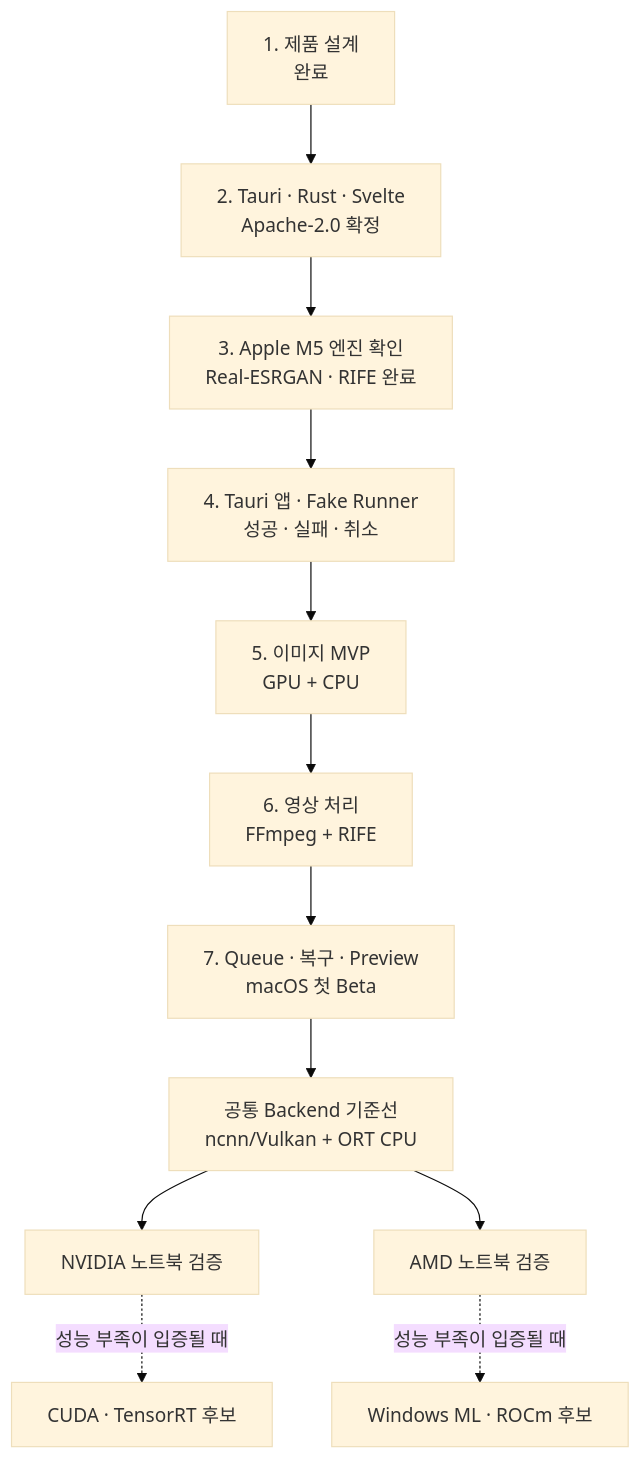
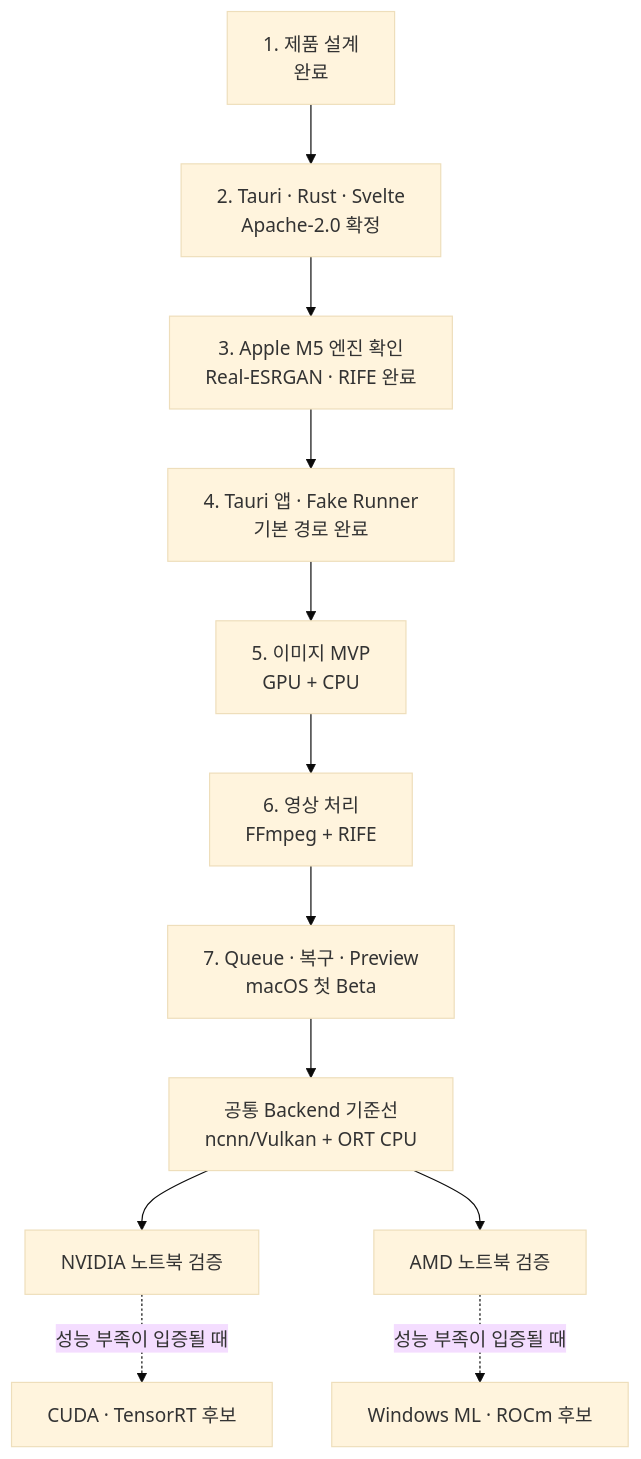
The third of 3 diagrams in README.md (zooslab/zoos-upscale), drawn with Mermaid (base theme) before and after one commit. The commit also changed other lines of this file and 1 other file, not shown here.

````diff
--- a/README.md
+++ b/README.md
@@ -84,15 +84,15 @@
 ```mermaid
 flowchart TB
     A["1. 제품 설계<br/>완료"] --> B["2. Tauri · Rust · Svelte<br/>Apache-2.0 확정"]
     B --> C["3. Apple M5 엔진 확인<br/>Real-ESRGAN · RIFE 완료"]
-    C --> D["4. Tauri 앱 · Fake Runner<br/>성공 · 실패 · 취소"]
+    C --> D["4. Tauri 앱 · Fake Runner<br/>기본 경로 완료"]
     D --> E["5. 이미지 MVP<br/>GPU + CPU"]
     E --> F["6. 영상 처리<br/>FFmpeg + RIFE"]
     F --> G["7. Queue · 복구 · Preview<br/>macOS 첫 Beta"]
 
     G --> I["공통 Backend 기준선<br/>ncnn/Vulkan + ORT CPU"]
     I --> N["NVIDIA 노트북 검증"]
     I --> M["AMD 노트북 검증"]
     N -. 성능 부족이 입증될 때 .-> NV["CUDA · TensorRT 후보"]
     M -. 성능 부족이 입증될 때 .-> AM["Windows ML · ROCm 후보"]
 ```
````
